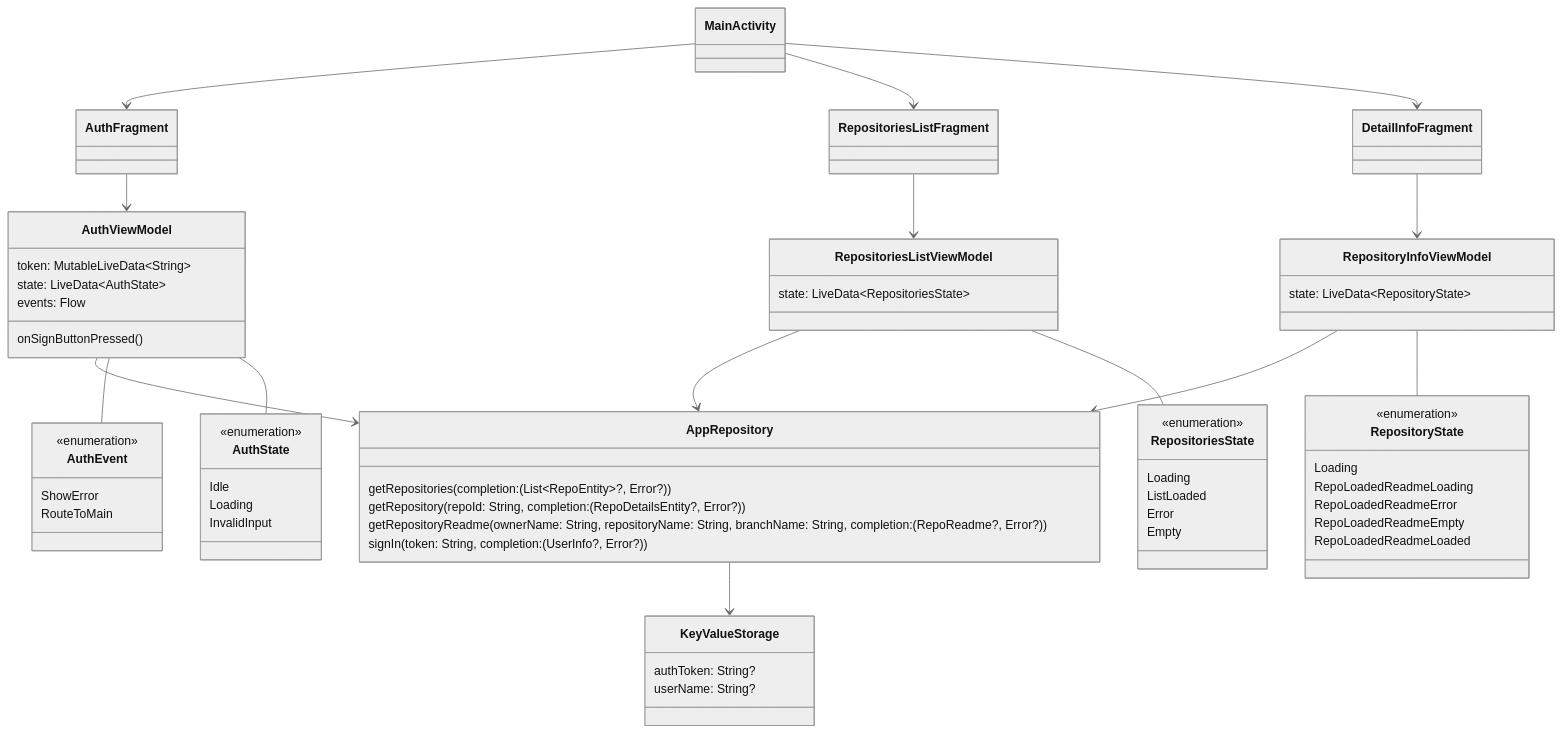
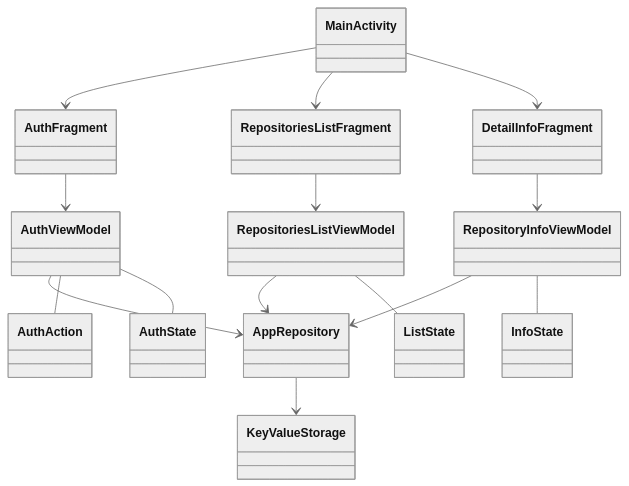
The diagram in university/1-android-basics/practice.md (icerockdev/kmm.icerock.dev), drawn with Mermaid (neutral theme) before and after one commit. The commit also changed other lines of this file and 3 other files, not shown here.

````diff
--- a/university/1-android-basics/practice.md
+++ b/university/1-android-basics/practice.md
@@ -151,62 +160,16 @@
    class RepositoriesListFragment:::android
    class DetailInfoFragment:::android
    
-   class AuthViewModel:::android {
-      token: MutableLiveData~String~
-      state: LiveData~AuthState~
-      events: Flow<AuthEvent>
-      onSignButtonPressed()
-   }
+   class AuthViewModel:::android
+   class AuthState:::android
+   class AuthAction:::android
    
-   class AuthState:::android {
-      <<enumeration>>
-      Idle
-      Loading
-      InvalidInput
-   }
-   
-   class AuthEvent:::android {
-      <<enumeration>>
-      ShowError
-      RouteToMain
-   }
-   
-   class RepositoryInfoViewModel:::android {
-      state: LiveData~RepositoryState~
-   }
-   
-   class RepositoryState:::android {
-      <<enumeration>>
-      Loading
-      RepoLoadedReadmeLoading
-      RepoLoadedReadmeError
-      RepoLoadedReadmeEmpty
-      RepoLoadedReadmeLoaded
-   }
-   
-   class RepositoriesListViewModel:::android {
-      state: LiveData~RepositoriesState~
-   }
-   
-   class RepositoriesState:::android {
-      <<enumeration>>
-      Loading
-      ListLoaded
-      Error
-      Empty
-   }
-   
-   class AppRepository:::android {
-      getRepositories(completion: (List~RepoEntity~?, Error?))
-      getRepository(repoId: String, completion: (RepoDetailsEntity?, Error?))
-      getRepositoryReadme(ownerName: String, repositoryName: String, branchName: String, completion: (RepoReadme?, Error?))
-      signIn(token: String, completion: (UserInfo?, Error?))
-   }
-   
-   class KeyValueStorage:::android{
-      authToken: String?
-      userName: String?
-   }
+   class RepositoryInfoViewModel:::android
+   class InfoState:::android
+   class RepositoriesListViewModel:::android
+   class ListState:::android
+   class AppRepository:::android
+   class KeyValueStorage:::android
    
    MainActivity --> AuthFragment
    MainActivity --> RepositoriesListFragment
@@ -222,10 +185,9 @@
    
    AppRepository --> KeyValueStorage
    
-   AuthViewModel -- AuthEvent
+   AuthViewModel -- AuthAction
    AuthViewModel -- AuthState
-   
-   RepositoryInfoViewModel -- RepositoryState
-   
-   RepositoriesListViewModel -- RepositoriesState
+  
+   RepositoryInfoViewModel -- InfoState
+   RepositoriesListViewModel -- ListState
 ```
````
